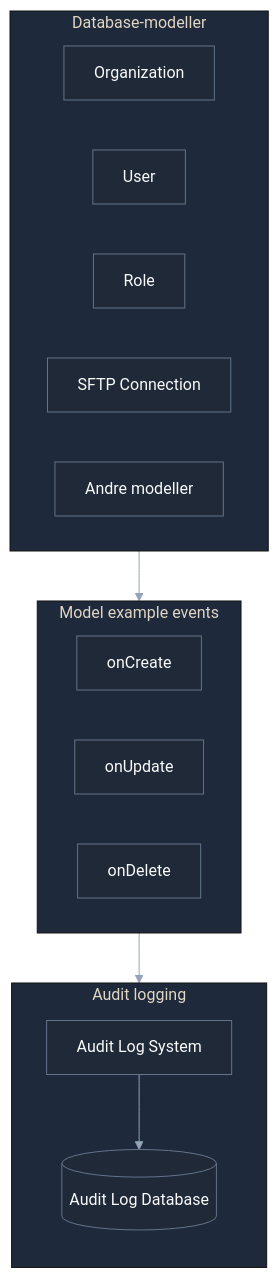
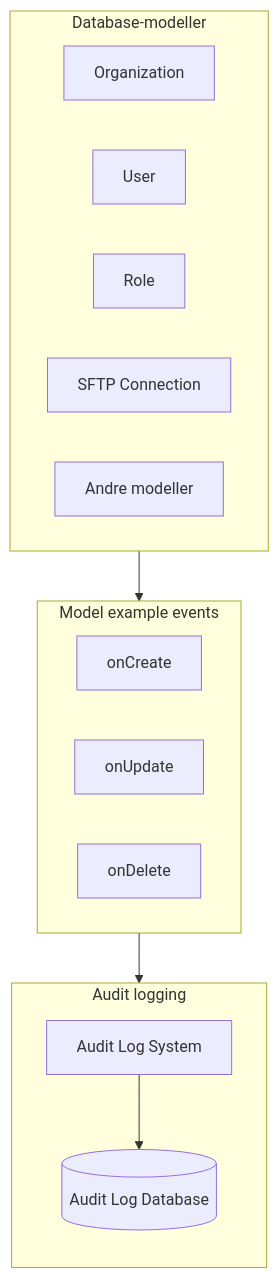
One commit to Fileodon/Diagram changed the diagram in audit_logs.mmd. Above: the diagram before and after it, drawn with Mermaid. The commit also changed 1 other file, not shown here.

Commit message:
fjern theme

```diff
--- a/audit_logs.mmd
+++ b/audit_logs.mmd
@@ -1,43 +1,26 @@
-
-%%{init: {
-  "theme": "base",
-  "themeVariables": {
-    "background": "#111827",
-    "mainBkg": "#1F2937",
-    "primaryColor": "#273449",
-    "primaryTextColor": "#F9FAFB",
-    "primaryBorderColor": "#64748B",
-    "secondaryColor": "#263449",
-    "secondaryTextColor": "#E5E7EB",
-    "secondaryBorderColor": "#64748B",
-    "tertiaryColor": "#1E293B",
-    "lineColor": "#94A3B8",
-    "textColor": "#F3F4F6"
-  }
-}}%%
 flowchart TD
     subgraph Models["Database-modeller"]
         direction LR
         A["Organization"]
         B["User"]
         C["Role"]
         D["SFTP Connection"]
         E["Andre modeller"]
     end
 
     subgraph Events["Model example events"]
         direction LR
         F["onCreate"]
         G["onUpdate"]
         H["onDelete"]
     end
 
     subgraph Audit["Audit logging"]
         direction TD
         I["Audit Log System"]
         J[("Audit Log Database")]
         I --> J
     end
 
     Models --> Events
     Events --> Audit
```
